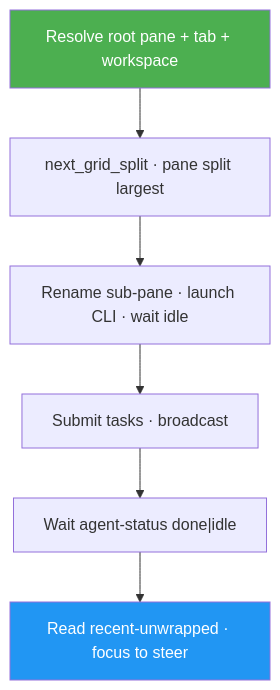
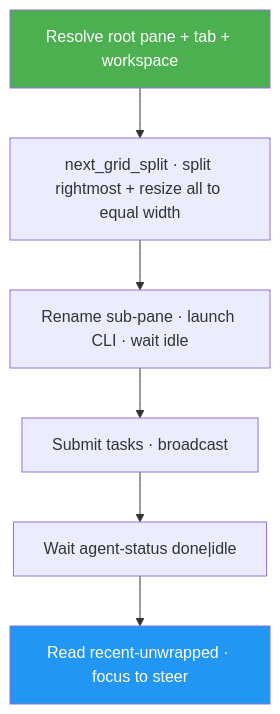
Before and after one commit to belinwu/luongnv89-skills: the diagram in skills/herdr-agent-comms/docs/README.md, drawn with Mermaid. The commit also changed other lines of this file and 5 other files, not shown here.

First line of the commit message:
feat(herdr-agent-comms): equal-width column grid, replacing largest-pane heuristic

````diff
--- a/skills/herdr-agent-comms/docs/README.md
+++ b/skills/herdr-agent-comms/docs/README.md
@@ -32,10 +32,10 @@
 ```mermaid
 graph TD
-    A["Resolve root pane + tab + workspace"] --> B["next_grid_split · pane split largest"]
+    A["Resolve root pane + tab + workspace"] --> B["next_grid_split · split rightmost + resize all to equal width"]
     B --> C["Rename sub-pane · launch CLI · wait idle"]
     C --> D["Submit tasks · broadcast"]
     D --> E["Wait agent-status done|idle"]
     E --> F["Read recent-unwrapped · focus to steer"]
     style A fill:#4CAF50,color:#fff
     style F fill:#2196F3,color:#fff
 ```
````
